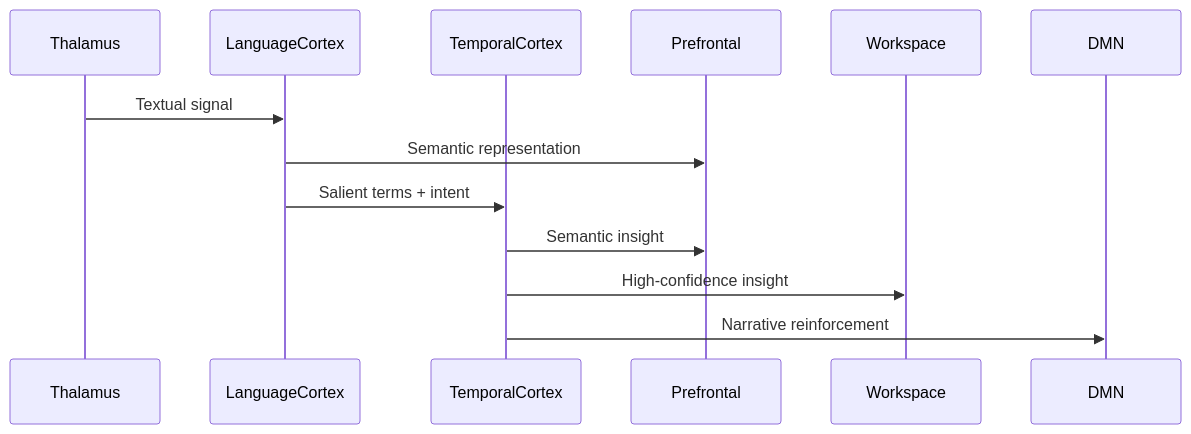
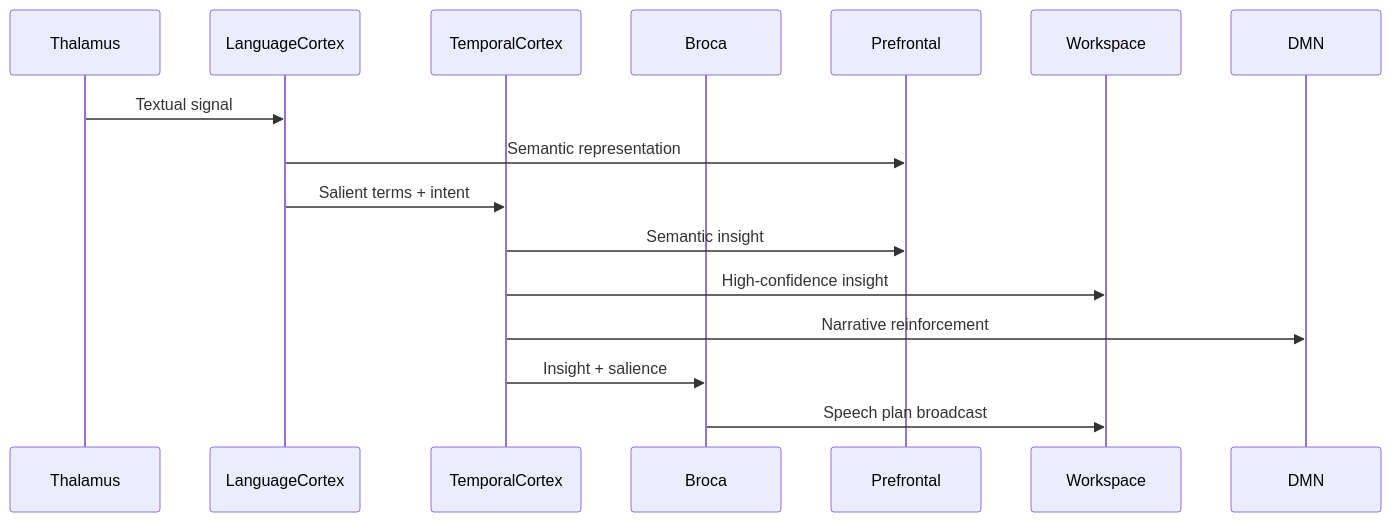
The second of 2 diagrams in docs/ARCHITECTURE.md (simonsickle/digital-brain), drawn with Mermaid before and after one commit. The commit also changed other lines of this file and 10 other files, not shown here.

Commit message:
Add Broca speech planning integration

````diff
--- a/docs/ARCHITECTURE.md
+++ b/docs/ARCHITECTURE.md
@@ -34,16 +37,19 @@
 ```mermaid
 sequenceDiagram
     participant Thalamus
     participant LanguageCortex
     participant TemporalCortex
+    participant Broca
     participant Prefrontal
     participant Workspace
     participant DMN
 
     Thalamus->>LanguageCortex: Textual signal
     LanguageCortex->>Prefrontal: Semantic representation
     LanguageCortex->>TemporalCortex: Salient terms + intent
     TemporalCortex->>Prefrontal: Semantic insight
     TemporalCortex->>Workspace: High-confidence insight
     TemporalCortex->>DMN: Narrative reinforcement
+    TemporalCortex->>Broca: Insight + salience
+    Broca->>Workspace: Speech plan broadcast
 ```
````
